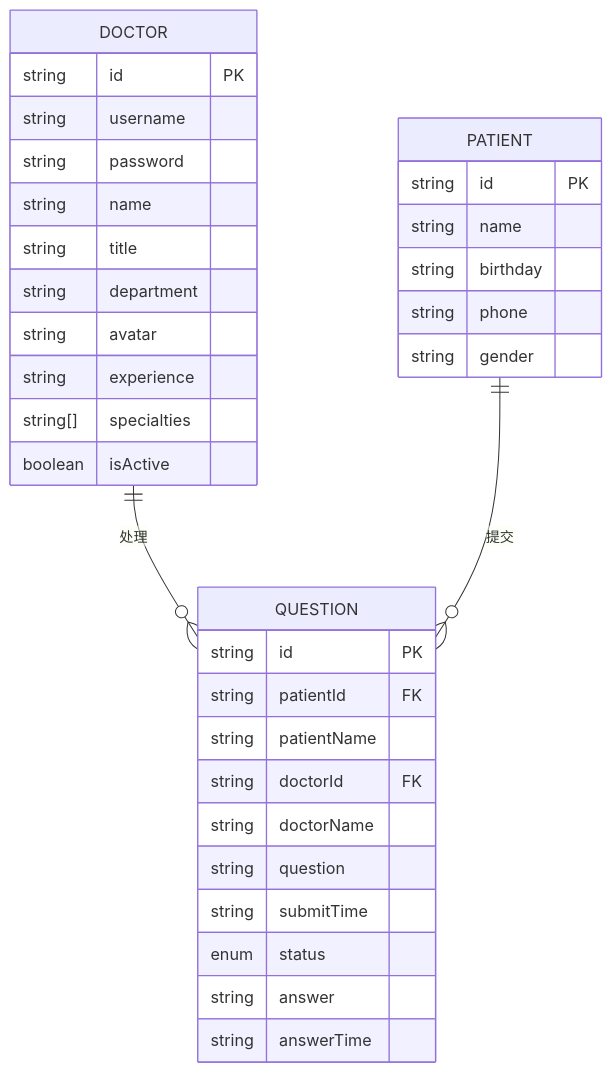
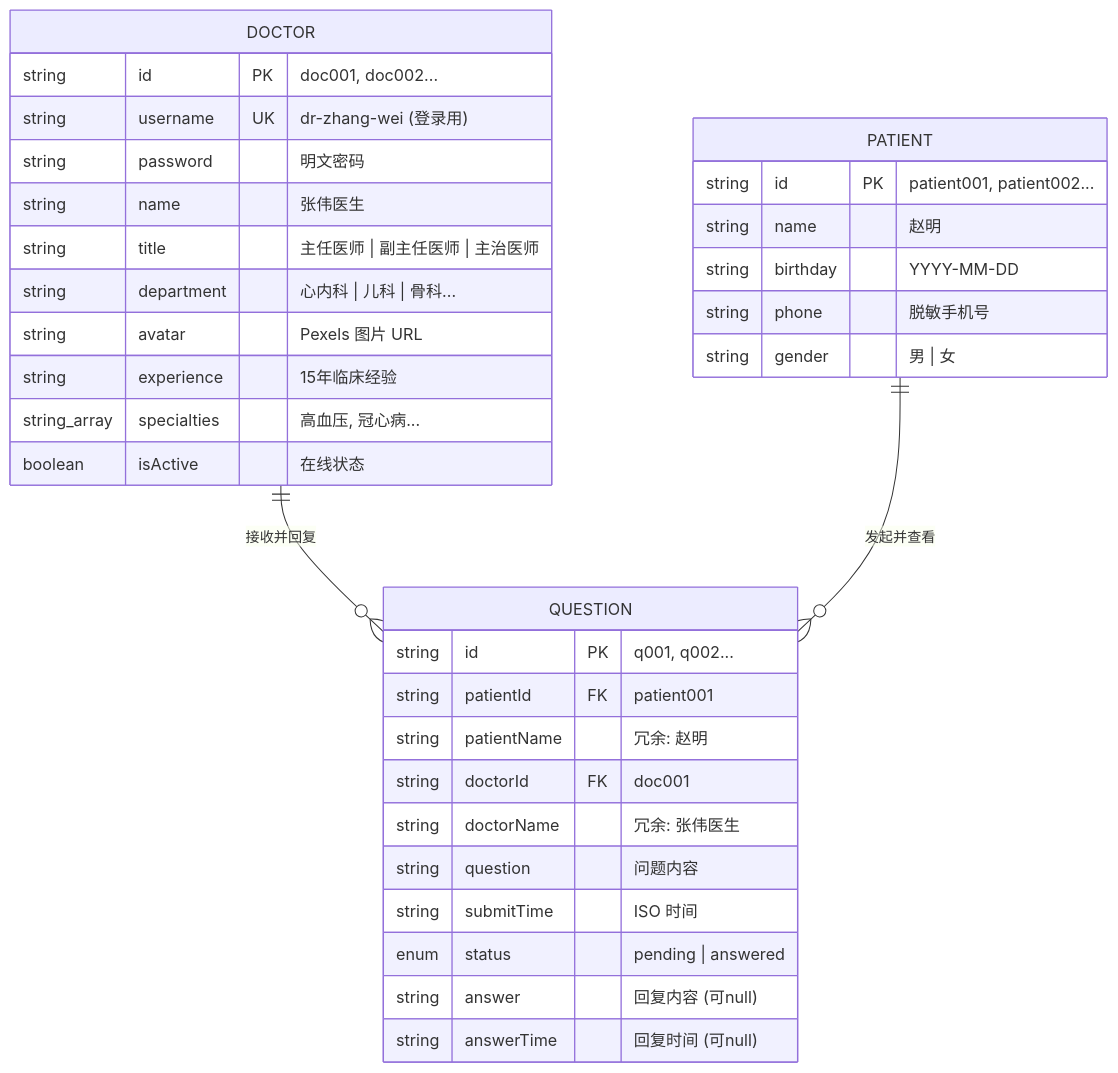
The first of 4 diagrams in .asdm/contexts/data-models.md (fanleiotot/qa-live-healthcare-interview), drawn with Mermaid before and after one commit. The commit also changed other lines of this file and 2 other files, not shown here.

````diff
--- a/.asdm/contexts/data-models.md
+++ b/.asdm/contexts/data-models.md
@@ -9,38 +11,39 @@
 ```mermaid
 erDiagram
-    DOCTOR ||--o{ QUESTION : "处理"
+    DOCTOR ||--o{ QUESTION : "接收并回复"
+    PATIENT ||--o{ QUESTION : "发起并查看"
+
     DOCTOR {
-        string id PK
-        string username
-        string password
-        string name
-        string title
-        string department
-        string avatar
-        string experience
-        string[] specialties
-        boolean isActive
+        string id PK "doc001, doc002..."
+        string username UK "dr-zhang-wei (登录用)"
+        string password "明文密码"
+        string name "张伟医生"
+        string title "主任医师 | 副主任医师 | 主治医师"
+        string department "心内科 | 儿科 | 骨科..."
+        string avatar "Pexels 图片 URL"
+        string experience "15年临床经验"
+        string_array specialties "高血压, 冠心病..."
+        boolean isActive "在线状态"
     }
-    
-    PATIENT ||--o{ QUESTION : "提交"
+
     PATIENT {
-        string id PK
-        string name
-        string birthday
-        string phone
-        string gender
+        string id PK "patient001, patient002..."
+        string name "赵明"
+        string birthday "YYYY-MM-DD"
+        string phone "脱敏手机号"
+        string gender "男 | 女"
     }
-    
+
     QUESTION {
-        string id PK
-        string patientId FK
-        string patientName
-        string doctorId FK
-        string doctorName
-        string question
-        string submitTime
-        enum status
-        string answer
-        string answerTime
+        string id PK "q001, q002..."
+        string patientId FK "patient001"
+        string patientName "冗余: 赵明"
+        string doctorId FK "doc001"
+        string doctorName "冗余: 张伟医生"
+        string question "问题内容"
+        string submitTime "ISO 时间"
+        enum status "pending | answered"
+        string answer "回复内容 (可null)"
+        string answerTime "回复时间 (可null)"
     }
 ```
````
